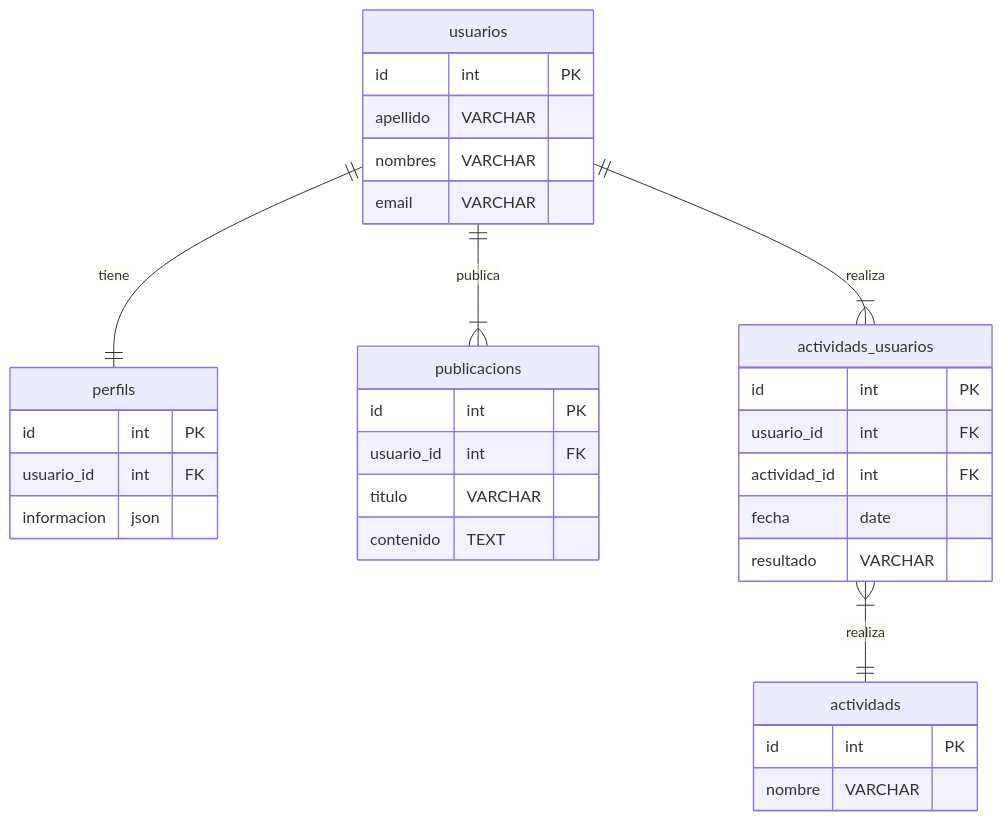
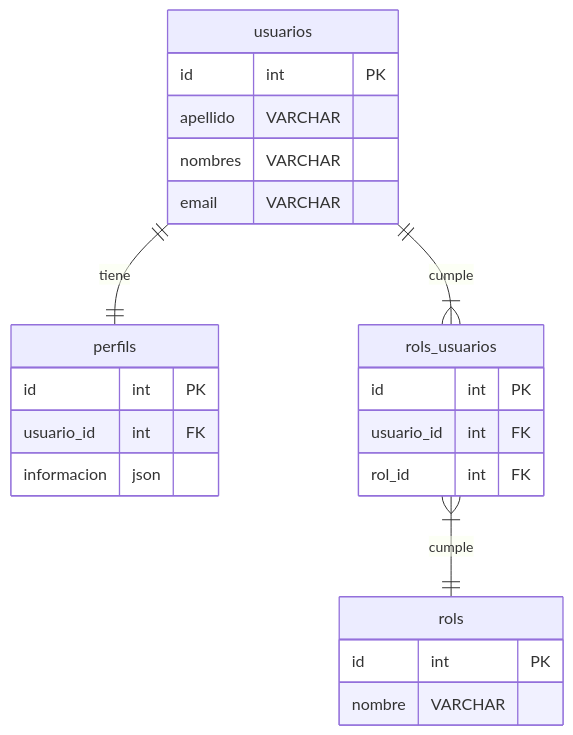
Before and after one commit to eormeno/dbacki_2024: the second of 5 diagrams in migrations.md, drawn with Mermaid. The commit also changed other lines of this file, not shown here.

````diff
--- a/migrations.md
+++ b/migrations.md
@@ -89,35 +88,26 @@
 ```mermaid
 erDiagram
     usuarios ||--|| perfils : tiene
-    usuarios ||--|{ publicacions : publica
-    usuarios ||--|{ actividads_usuarios : realiza
-    actividads_usuarios }|--|| actividads : realiza
+    usuarios ||--|{ rols_usuarios : cumple
+    rols_usuarios }|--|| rols : cumple
     usuarios {
         id int PK
         apellido VARCHAR
         nombres VARCHAR
         email VARCHAR
     }
-    publicacions {
-        id int PK
-        usuario_id int FK
-        titulo VARCHAR
-        contenido TEXT
-    }
     perfils {
         id int PK
         usuario_id int FK
         informacion json
     }
-    actividads {
+    rols {
         id int PK
         nombre VARCHAR
     }
-    actividads_usuarios {
+    rols_usuarios {
         id int PK
         usuario_id int FK
-        actividad_id int FK
-        fecha date
-        resultado VARCHAR
+        rol_id int FK
     }
 ```
````
